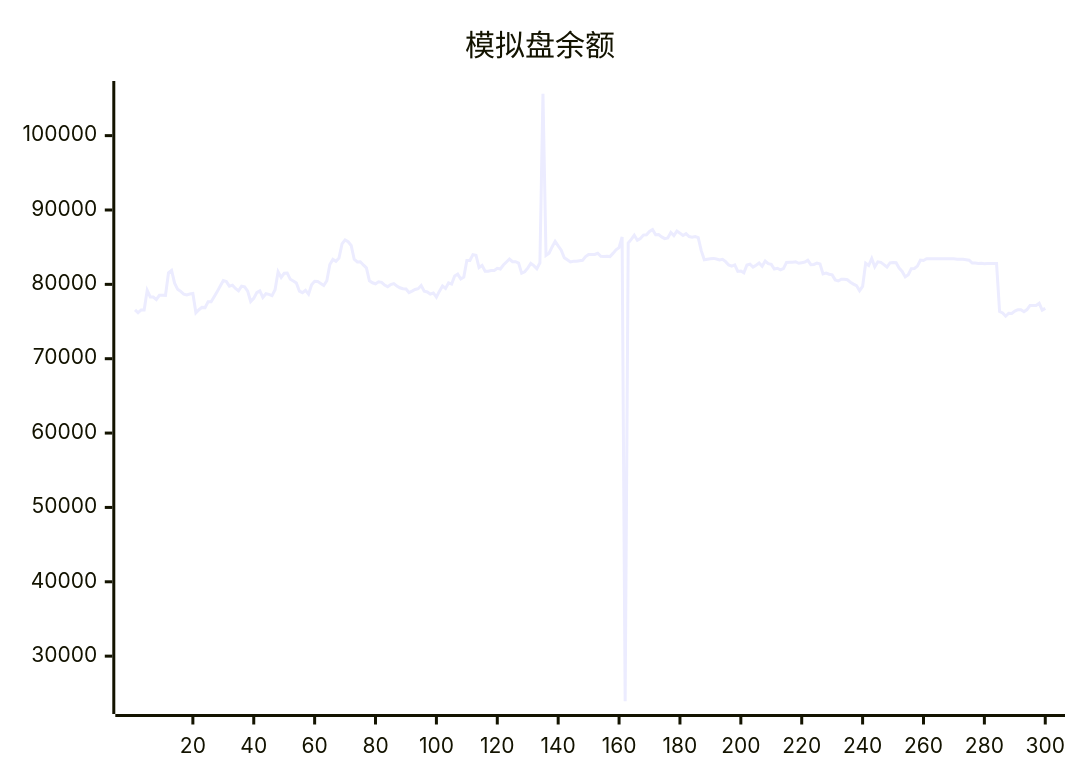
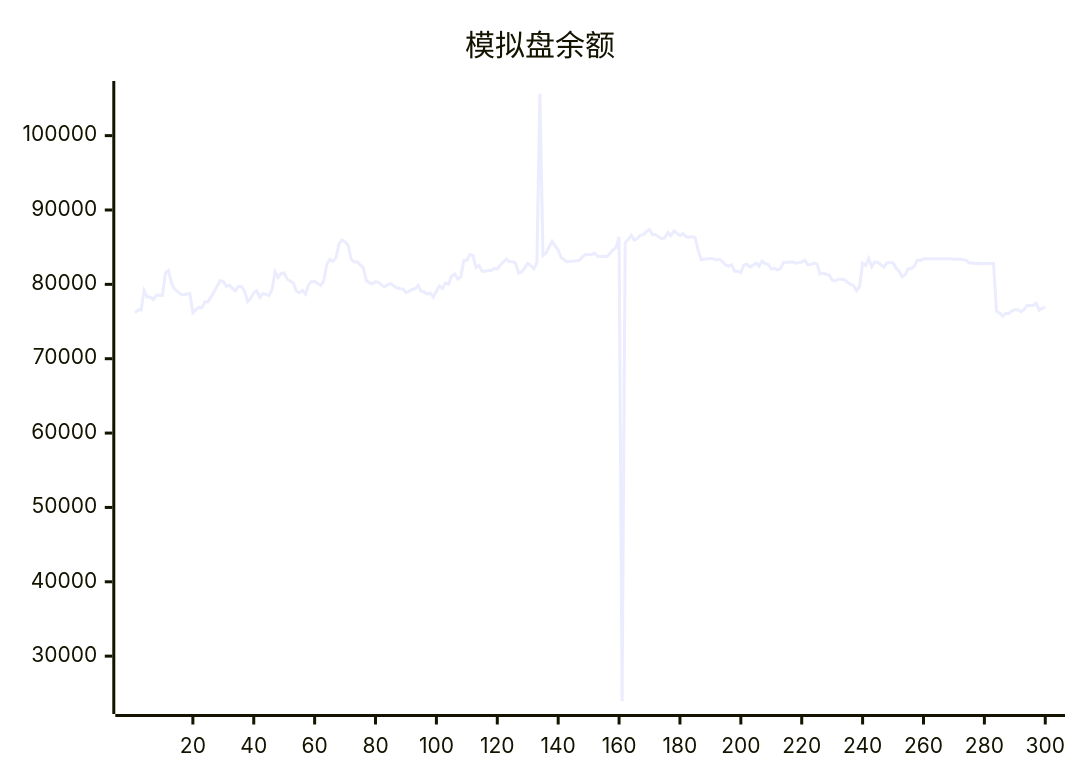
The diagram in README.md (aahl/ai-trading), drawn with Mermaid before and after one commit. The commit also changed other lines of this file and 1 other file, not shown here.

````diff
--- a/README.md
+++ b/README.md
@@ -5,5 +5,5 @@
 ```mermaid
 xychart
     title "模拟盘余额"
-    line [76564,76179,76553,76551,79196,78300,78300,77944,78531,78531,78521,81564,81884,80160,79335,79055,78675,78580,78708,78764,76179,76586,76902,76876,77658,77669,78346,79023,79769,80497,80366,79761,79896,79448,79126,79749,79658,79097,77695,78114,78888,79126,78249,78738,78653,78478,79271,81680,80923,81488,81527,80681,80455,80190,79084,78879,79193,78686,79954,80403,80374,80118,79848,80491,82665,83351,83098,83525,85430,85983,85737,85221,83378,83014,83043,82613,82216,80477,80208,80081,80348,80277,79894,79670,79965,80093,79786,79542,79406,79371,78893,79087,79304,79406,79841,79072,78978,78696,78846,78272,79085,79787,79442,80198,80031,81120,81379,80718,80985,83214,83212,83993,83921,82270,82547,81776,81776,81866,81866,82158,82061,82596,83000,83408,83041,83050,82858,81503,81691,82188,82812,82517,82092,82901,105633,83898,84180,85030,85781,85178,84604,83569,83298,83008,83093,83107,83175,83228,83729,84025,84017,84019,84177,83775,83762,83785,83738,84160,84639,84939,86370,23934,85548,86046,86599,85942,86161,86622,86664,87115,87369,86666,86685,86384,86152,86243,86969,86548,87164,86885,86566,86809,86427,86348,86417,86273,84538,83299,83369,83430,83490,83404,83270,83362,83056,82605,82459,82614,81734,81788,81551,82598,82702,82320,82580,82878,82426,83139,82778,82686,82056,82166,81963,82110,82951,82983,82984,83038,82838,82915,82998,83235,82642,82682,82858,82746,81396,81512,81362,81277,80600,80461,80699,80673,80616,80288,80038,79836,79142,79722,82837,82533,83480,82366,83032,82960,82654,82330,82883,82934,82901,82188,81728,81005,81298,82110,82135,82449,83264,83203,83440,83439,83440,83440,83446,83447,83448,83447,83448,83449,83369,83369,83369,83313,83256,82872,82873,82801,82844,82785,82791,82791,82793,82794,76339,76145,75714,76110,76096,76397,76594,76585,76310,76607,77160,77170,77160,77456,76541,76774]
+    line [76179,76553,76551,79196,78300,78300,77944,78531,78531,78521,81564,81884,80160,79335,79055,78675,78580,78708,78764,76179,76586,76902,76876,77658,77669,78346,79023,79769,80497,80366,79761,79896,79448,79126,79749,79658,79097,77695,78114,78888,79126,78249,78738,78653,78478,79271,81680,80923,81488,81527,80681,80455,80190,79084,78879,79193,78686,79954,80403,80374,80118,79848,80491,82665,83351,83098,83525,85430,85983,85737,85221,83378,83014,83043,82613,82216,80477,80208,80081,80348,80277,79894,79670,79965,80093,79786,79542,79406,79371,78893,79087,79304,79406,79841,79072,78978,78696,78846,78272,79085,79787,79442,80198,80031,81120,81379,80718,80985,83214,83212,83993,83921,82270,82547,81776,81776,81866,81866,82158,82061,82596,83000,83408,83041,83050,82858,81503,81691,82188,82812,82517,82092,82901,105633,83898,84180,85030,85781,85178,84604,83569,83298,83008,83093,83107,83175,83228,83729,84025,84017,84019,84177,83775,83762,83785,83738,84160,84639,84939,86370,23934,85548,86046,86599,85942,86161,86622,86664,87115,87369,86666,86685,86384,86152,86243,86969,86548,87164,86885,86566,86809,86427,86348,86417,86273,84538,83299,83369,83430,83490,83404,83270,83362,83056,82605,82459,82614,81734,81788,81551,82598,82702,82320,82580,82878,82426,83139,82778,82686,82056,82166,81963,82110,82951,82983,82984,83038,82838,82915,82998,83235,82642,82682,82858,82746,81396,81512,81362,81277,80600,80461,80699,80673,80616,80288,80038,79836,79142,79722,82837,82533,83480,82366,83032,82960,82654,82330,82883,82934,82901,82188,81728,81005,81298,82110,82135,82449,83264,83203,83440,83439,83440,83440,83446,83447,83448,83447,83448,83449,83369,83369,83369,83313,83256,82872,82873,82801,82844,82785,82791,82791,82793,82794,76339,76145,75714,76110,76096,76397,76594,76585,76310,76607,77160,77170,77160,77456,76541,76774,76927]
 ```
````
